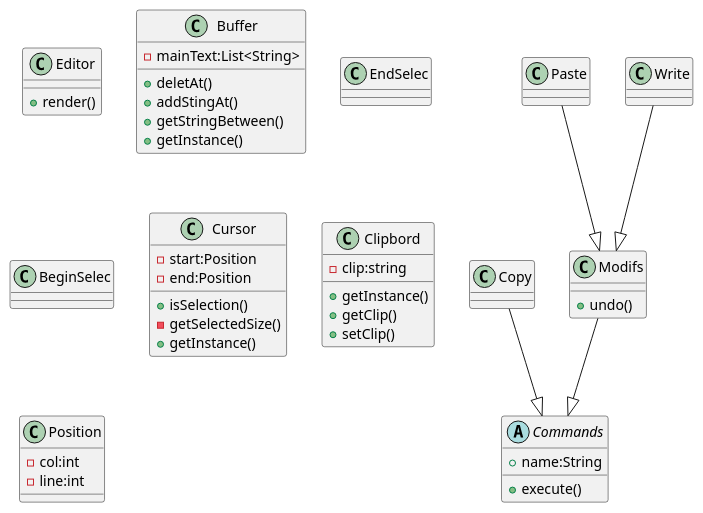
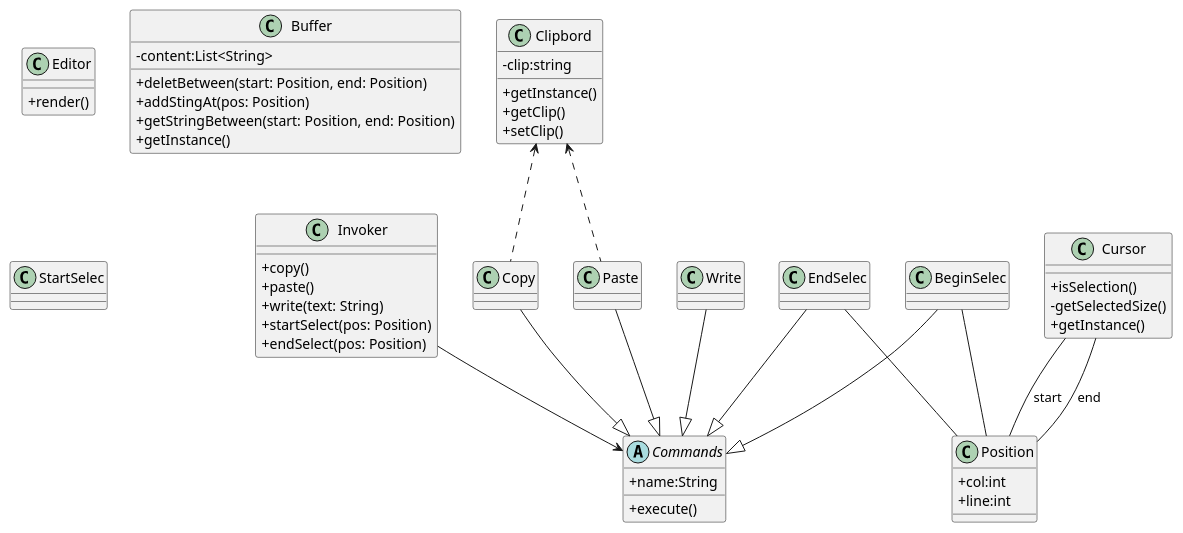
Before and after one commit to CodyAdam/another-useless-text-editor: the first of 3 diagrams in README.md, drawn with PlantUML.

Commit message:
almost finish diagram class

````diff
--- a/README.md
+++ b/README.md
@@ -39,64 +39,85 @@
 ```plantuml
 @startuml
+skinparam classAttributeIconSize 0
+    class Invoker {
+        +copy()
+        +paste()
+        +write(text: String)
+        +startSelect(pos: Position)
+        +endSelect(pos: Position)
+    }
+
     class Editor{
         +render()
     }
     class Buffer{
-        -mainText:List<String> 
-        +deletAt()
-        +addStingAt()
-        +getStringBetween()
+        -content:List<String> 
+        +deletBetween(start: Position, end: Position)
+        +addStingAt(pos: Position)
+        +getStringBetween(start: Position, end: Position)
         +getInstance()
     }
-    class Modifs{
-        
-    }
+    
     Abstract Commands{
         +name:String
         +execute()
     }
+    
     Class Copy{
-
+        
     }
+    
     Class Paste{
 
     }
+    
     Class Write{
 
     }
+    
     Class EndSelec{
 
     }
-    Class BeginSelec{
+    
+    Class StartSelec{
 
     }
+    
     CLass Cursor{
 
     }
-    Class Modifs{
-        +undo()
-    }
+    
     class Cursor{
-        -start:Position
-        -end:Position
         +isSelection()
         -getSelectedSize()
         +getInstance()
     }
+    
     class Clipbord{
         -clip:string
         +getInstance()
         +getClip()
         +setClip()
     }
+    
     class Position{
-        -col:int
-        -line:int
+        +col:int
+        +line:int
     }
+    
+    Paste--|>Commands
+    Write--|>Commands
+    Copy--|>Commands
+    BeginSelec--|>Commands
+    EndSelec--|>Commands
 
-    Paste--|>Modifs
-    Write--|>Modifs
-    Copy--|>Commands
-    Modifs--|>Commands
+    Clipbord <.. Copy
+    Clipbord <.. Paste
+
+    Cursor -- Position : start
+    Cursor -- Position : end
+    EndSelec -- Position
+    BeginSelec -- Position
+    Invoker --> Commands
 @enduml
 ``` 
````
